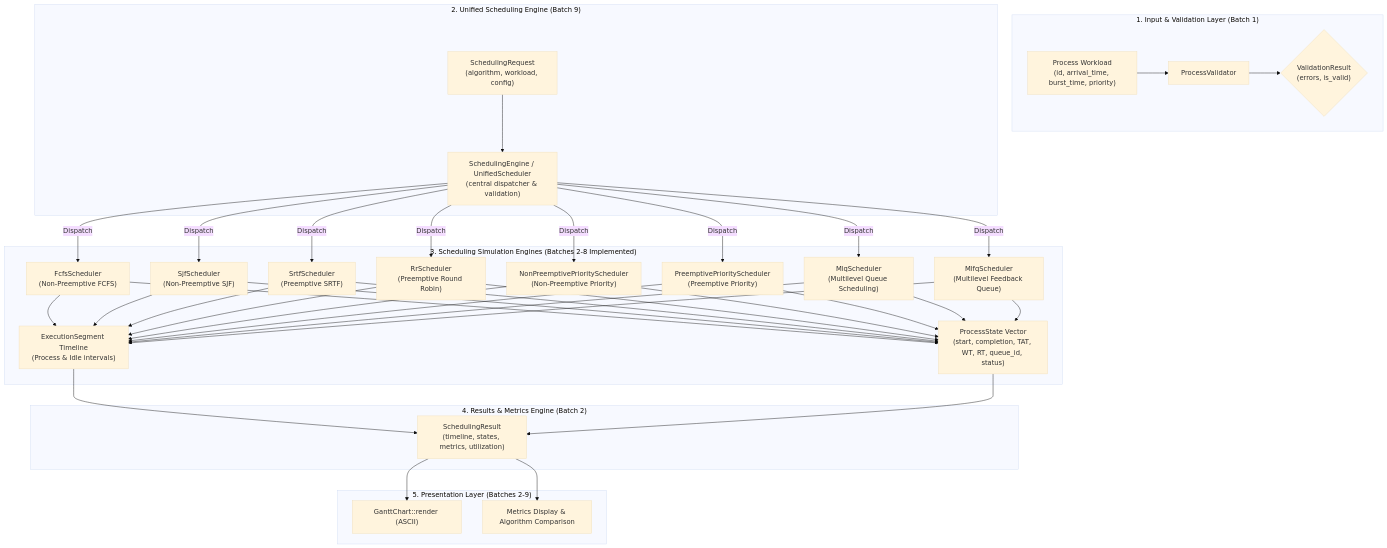
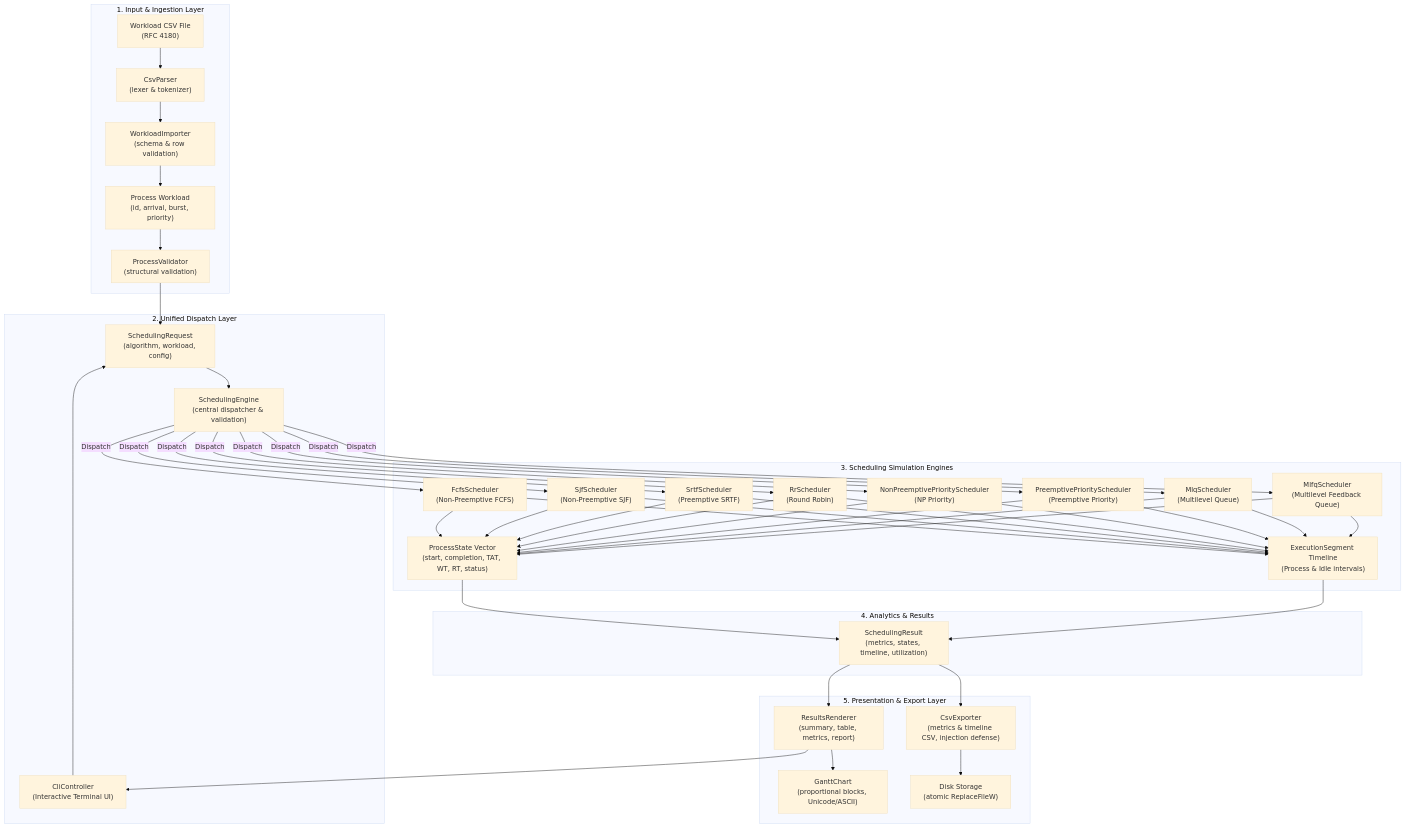
Before and after one commit to ThunderSkull7/cpu-scheduling-simulator: the diagram in docs/ARCHITECTURE.md, drawn with Mermaid (base theme). The commit also changed other lines of this file and 5 other files, not shown here.

````diff
--- a/docs/ARCHITECTURE.md
+++ b/docs/ARCHITECTURE.md
@@ -16,33 +19,41 @@
 ```mermaid
 flowchart TD
-    subgraph InputLayer["1. Input & Validation Layer (Batch 1)"]
-        RawWorkload["Process Workload\n(id, arrival_time, burst_time, priority)"] --> Validator["ProcessValidator"]
-        Validator --> ValidationResult{"ValidationResult\n(errors, is_valid)"}
+    subgraph InputSubsystem["1. Input & Ingestion Layer"]
+        RawWorkload["Process Workload\n(id, arrival, burst, priority)"] --> Validator["ProcessValidator\n(structural validation)"]
+        CsvFile["Workload CSV File\n(RFC 4180)"] --> CsvParser["CsvParser\n(lexer & tokenizer)"]
+        CsvParser --> WorkloadImporter["WorkloadImporter\n(schema & row validation)"]
+        WorkloadImporter --> RawWorkload
     end
 
-    subgraph UnifiedLayer["2. Unified Scheduling Engine (Batch 9)"]
-        SchedulingRequest["SchedulingRequest\n(algorithm, workload, config)"] --> SchedulingEngine["SchedulingEngine / UnifiedScheduler\n(central dispatcher & validation)"]
+    subgraph UnifiedLayer["2. Unified Dispatch Layer"]
+        Validator --> SchedulingRequest["SchedulingRequest\n(algorithm, workload, config)"]
+        Cli["CliController\n(Interactive Terminal UI)"] --> SchedulingRequest
+        SchedulingRequest --> SchedulingEngine["SchedulingEngine\n(central dispatcher & validation)"]
     end
 
-    subgraph SimulationLayer["3. Scheduling Simulation Engines (Batches 2-8 Implemented)"]
+    subgraph SchedulerSubsystem["3. Scheduling Simulation Engines"]
         SchedulingEngine -->|Dispatch| Fcfs["FcfsScheduler\n(Non-Preemptive FCFS)"]
         SchedulingEngine -->|Dispatch| Sjf["SjfScheduler\n(Non-Preemptive SJF)"]
         SchedulingEngine -->|Dispatch| Srtf["SrtfScheduler\n(Preemptive SRTF)"]
-        SchedulingEngine -->|Dispatch| Rr["RrScheduler\n(Preemptive Round Robin)"]
-        SchedulingEngine -->|Dispatch| NpPrio["NonPreemptivePriorityScheduler\n(Non-Preemptive Priority)"]
+        SchedulingEngine -->|Dispatch| Rr["RrScheduler\n(Round Robin)"]
+        SchedulingEngine -->|Dispatch| NpPrio["NonPreemptivePriorityScheduler\n(NP Priority)"]
         SchedulingEngine -->|Dispatch| PPrio["PreemptivePriorityScheduler\n(Preemptive Priority)"]
-        SchedulingEngine -->|Dispatch| Mlq["MlqScheduler\n(Multilevel Queue Scheduling)"]
+        SchedulingEngine -->|Dispatch| Mlq["MlqScheduler\n(Multilevel Queue)"]
         SchedulingEngine -->|Dispatch| Mlfq["MlfqScheduler\n(Multilevel Feedback Queue)"]
-        Fcfs & Sjf & Srtf & Rr & NpPrio & PPrio & Mlq & Mlfq --> ProcessState["ProcessState Vector\n(start, completion, TAT, WT, RT, queue_id, status)"]
+
+        Fcfs & Sjf & Srtf & Rr & NpPrio & PPrio & Mlq & Mlfq --> ProcessState["ProcessState Vector\n(start, completion, TAT, WT, RT, status)"]
         Fcfs & Sjf & Srtf & Rr & NpPrio & PPrio & Mlq & Mlfq --> Timeline["ExecutionSegment Timeline\n(Process & Idle intervals)"]
     end
 
-    subgraph AnalyticsLayer["4. Results & Metrics Engine (Batch 2)"]
-        Timeline & ProcessState --> SchedulingResult["SchedulingResult\n(timeline, states, metrics, utilization)"]
+    subgraph AnalyticsSubsystem["4. Analytics & Results"]
+        ProcessState & Timeline --> SchedulingResult["SchedulingResult\n(metrics, states, timeline, utilization)"]
     end
 
-    subgraph PresentationLayer["5. Presentation Layer (Batches 2-9)"]
-        SchedulingResult --> GanttChart["GanttChart::render (ASCII)"]
-        SchedulingResult --> CliMetrics["Metrics Display & Algorithm Comparison"]
+    subgraph OutputSubsystem["5. Presentation & Export Layer"]
+        SchedulingResult --> ResultsRenderer["ResultsRenderer\n(summary, table, metrics, report)"]
+        ResultsRenderer --> GanttChart["GanttChart\n(proportional blocks, Unicode/ASCII)"]
+        SchedulingResult --> CsvExporter["CsvExporter\n(metrics & timeline CSV, injection defense)"]
+        CsvExporter --> DiskFiles["Disk Storage\n(atomic ReplaceFileW)"]
+        ResultsRenderer --> Cli
     end
 ```
````
